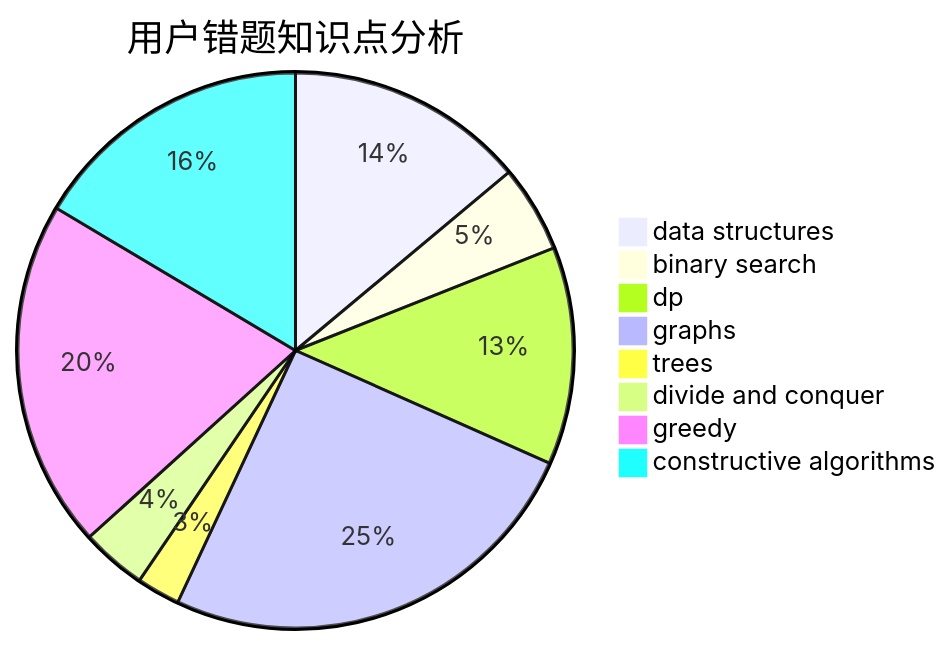
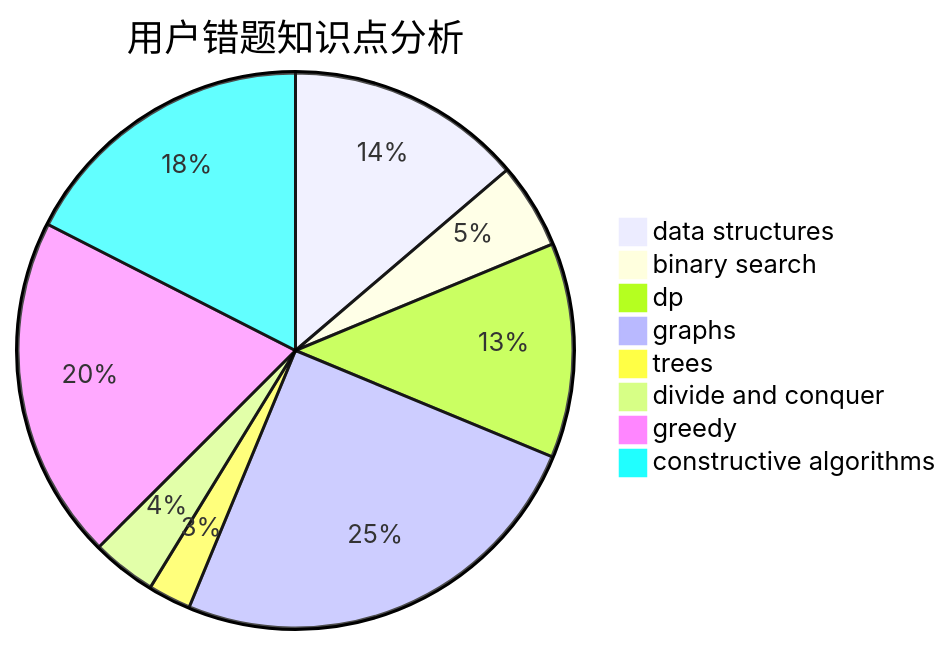
One commit to sherpahu/cfrs.github.io changed the third of 3 diagrams in docs/user/u978.md. Above: the diagram before and after it, drawn with Mermaid. The commit also changed other lines of this file and 2770 other files, not shown here.

````diff
--- a/docs/user/u978.md
+++ b/docs/user/u978.md
@@ -36,11 +36,11 @@
 ```mermaid
 pie title 用户错题知识点分析
     "data structures" :  11
     "binary search" :  4
     "dp" :  10
     "graphs" :  20
     "trees" :  2
     "divide and conquer" :  3
     "greedy" :  16
-    "constructive algorithms" :  13
+    "constructive algorithms" :  14
 ```
````
